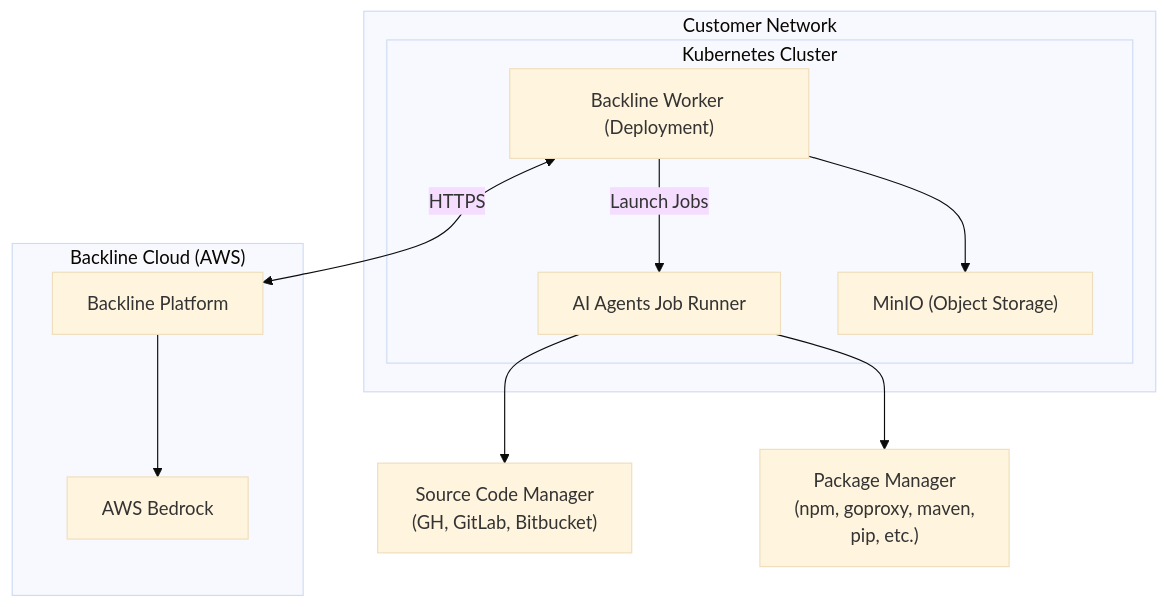
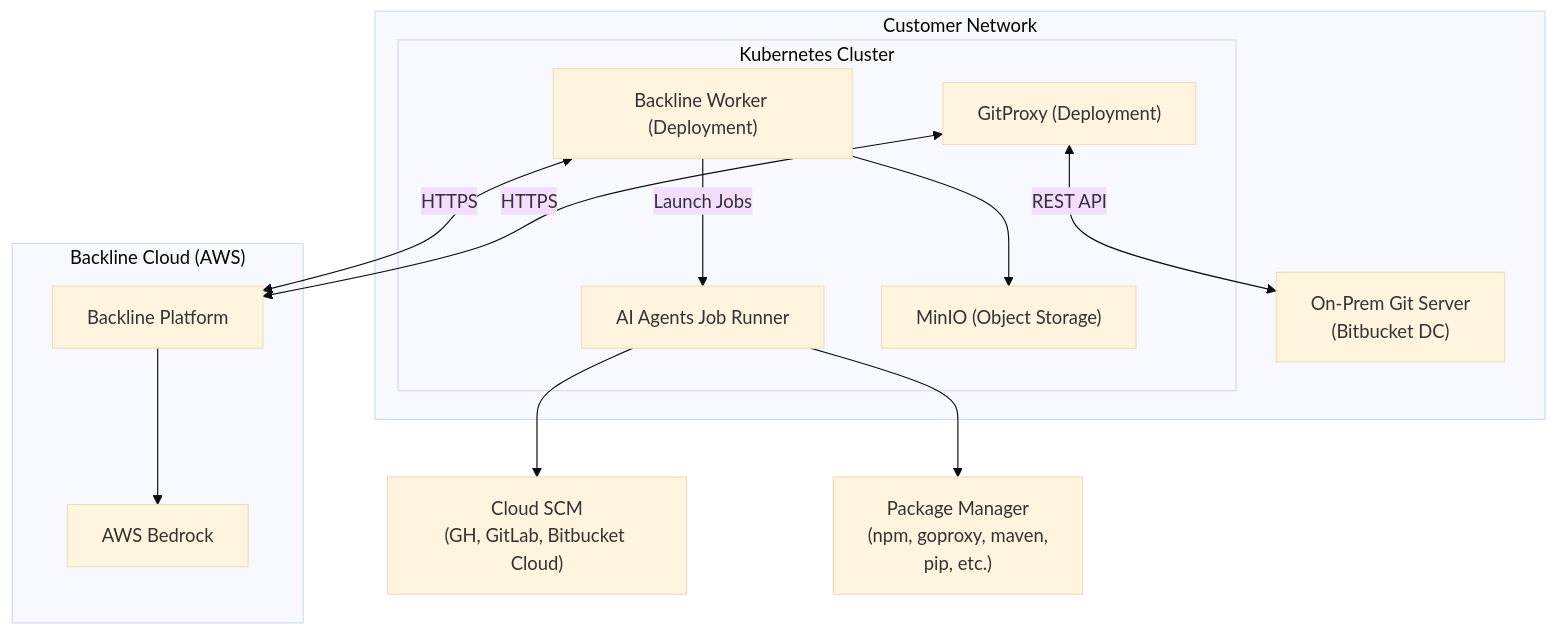
One commit to Backline-labs/charts changed the diagram in charts/backline/README.md. Above: the diagram before and after it, drawn with Mermaid (base theme). The commit also changed other lines of this file and 12 other files, not shown here.

First line of the commit message:
BKLN-1619 Create GitProxy Helm chart and deployment configuration (#19)

````diff
--- a/charts/backline/README.md
+++ b/charts/backline/README.md
@@ -5,24 +5,28 @@
 ```mermaid
 graph TB
   subgraph BC["Backline Cloud (AWS)"]
       BP["Backline Platform"]
       AWB["AWS Bedrock"]
       BP --> AWB
   end
   subgraph CN["Customer Network"]
       subgraph KC["Kubernetes Cluster"]
           BW["Backline Worker (Deployment)"]
+          GP["GitProxy (Deployment)"]
           AJJR["AI Agents Job Runner"]
           MINIO["MinIO (Object Storage)"]
           BW -->|Launch Jobs| AJJR
           BW --> MINIO
       end
+      ONPREM_SCM["On-Prem Git Server<br/>(Bitbucket DC)"]
   end
 
-  SCM["Source Code Manager<br/>(GH, GitLab, Bitbucket)"]
+  SCM["Cloud SCM<br/>(GH, GitLab, Bitbucket Cloud)"]
   PM["Package Manager<br/>(npm, goproxy, maven,<br/>pip, etc.)"]
 
   BW <-->|HTTPS| BP
+  GP <-->|HTTPS| BP
+  GP <-->|REST API| ONPREM_SCM
   AJJR --> SCM
   AJJR --> PM
 ```
````
